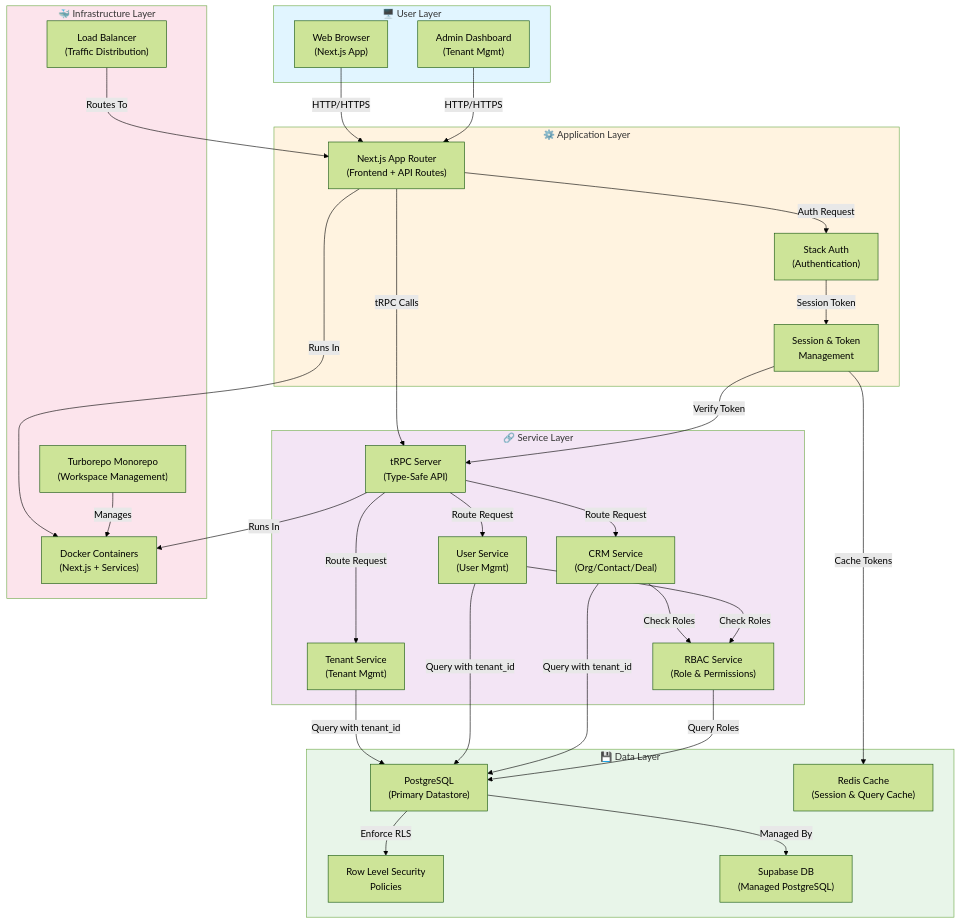
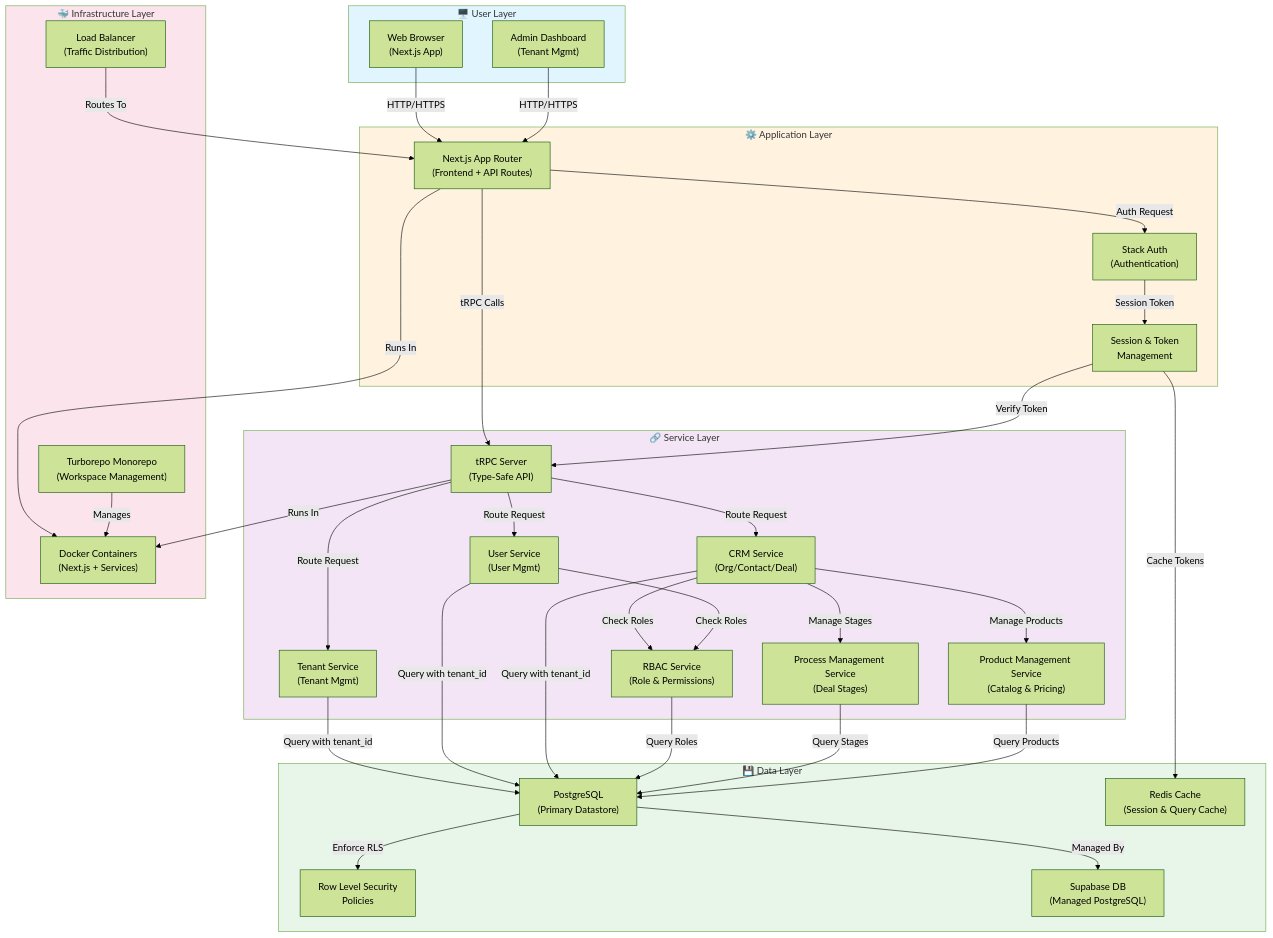
The diagram in docs/ways-of-work/plan/multi-tenant-crm-platform/arch.md (conornguyen/aura), drawn with Mermaid (forest theme) before and after one commit. The commit also changed other lines of this file and 1 other file, not shown here.

````diff
--- a/docs/ways-of-work/plan/multi-tenant-crm-platform/arch.md
+++ b/docs/ways-of-work/plan/multi-tenant-crm-platform/arch.md
@@ -25,72 +27,78 @@
 ```mermaid
 graph TB
     subgraph UserLayer["🖥️ User Layer"]
         WebBrowser["Web Browser<br/>(Next.js App)"]
         AdminDashboard["Admin Dashboard<br/>(Tenant Mgmt)"]
     end
 
     subgraph AppLayer["⚙️ Application Layer"]
         NextApp["Next.js App Router<br/>(Frontend + API Routes)"]
         StackAuth["Stack Auth<br/>(Authentication)"]
         SessionMgmt["Session & Token<br/>Management"]
     end
 
     subgraph ServiceLayer["🔗 Service Layer"]
         tRPCServer["tRPC Server<br/>(Type-Safe API)"]
         TenantService["Tenant Service<br/>(Tenant Mgmt)"]
         UserService["User Service<br/>(User Mgmt)"]
         CRMService["CRM Service<br/>(Org/Contact/Deal)"]
         RBACService["RBAC Service<br/>(Role & Permissions)"]
+        ProcessMgmtService["Process Management Service<br/>(Deal Stages)"]
+        ProductMgmtService["Product Management Service<br/>(Catalog & Pricing)"]
     end
 
     subgraph DataLayer["💾 Data Layer"]
         PostgreSQL["PostgreSQL<br/>(Primary Datastore)"]
         RLSPolicies["Row Level Security<br/>Policies"]
         SupabaseDB["Supabase DB<br/>(Managed PostgreSQL)"]
         Cache["Redis Cache<br/>(Session & Query Cache)"]
     end
 
     subgraph InfraLayer["🐳 Infrastructure Layer"]
         Docker["Docker Containers<br/>(Next.js + Services)"]
         Turborepo["Turborepo Monorepo<br/>(Workspace Management)"]
         LoadBalancer["Load Balancer<br/>(Traffic Distribution)"]
     end
 
     %% User Layer -> App Layer
     WebBrowser -->|HTTP/HTTPS| NextApp
     AdminDashboard -->|HTTP/HTTPS| NextApp
     NextApp -->|Auth Request| StackAuth
     StackAuth -->|Session Token| SessionMgmt
 
     %% App Layer -> Service Layer
     NextApp -->|tRPC Calls| tRPCServer
     SessionMgmt -->|Verify Token| tRPCServer
 
     %% Service Layer -> Service Layer
     tRPCServer -->|Route Request| TenantService
     tRPCServer -->|Route Request| UserService
     tRPCServer -->|Route Request| CRMService
     CRMService -->|Check Roles| RBACService
     UserService -->|Check Roles| RBACService
+    CRMService -->|Manage Stages| ProcessMgmtService
+    CRMService -->|Manage Products| ProductMgmtService
 
     %% Service Layer -> Data Layer
     TenantService -->|Query with tenant_id| PostgreSQL
     UserService -->|Query with tenant_id| PostgreSQL
     CRMService -->|Query with tenant_id| PostgreSQL
     RBACService -->|Query Roles| PostgreSQL
+    ProcessMgmtService -->|Query Stages| PostgreSQL
+    ProductMgmtService -->|Query Products| PostgreSQL
     PostgreSQL -->|Enforce RLS| RLSPolicies
     PostgreSQL -->|Managed By| SupabaseDB
     SessionMgmt -->|Cache Tokens| Cache
 
     %% Infrastructure
     NextApp -->|Runs In| Docker
     tRPCServer -->|Runs In| Docker
     Turborepo -->|Manages| Docker
     LoadBalancer -->|Routes To| NextApp
 
     style UserLayer fill:#e1f5ff
     style AppLayer fill:#fff3e0
     style ServiceLayer fill:#f3e5f5
     style DataLayer fill:#e8f5e9
     style InfraLayer fill:#fce4ec
 ```
````
